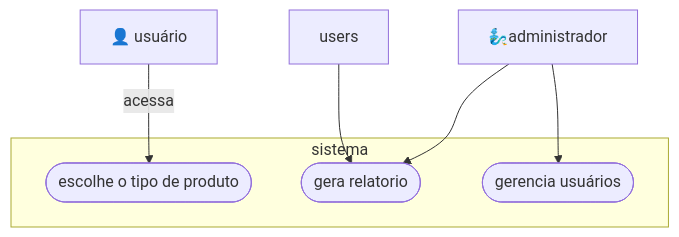
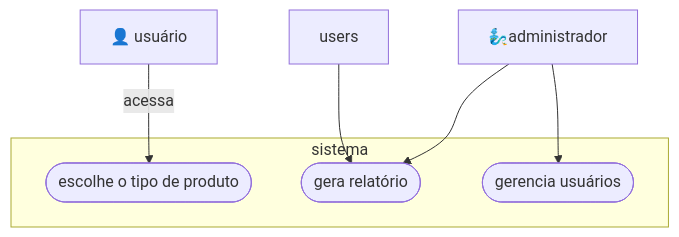
One commit to CTISM-Prof-Henry/trab-final-tarde-criacao changed the diagram in app/Untitled diagram _ Mermaid Chart-2025-09-02-184833.mmd. Above: the diagram before and after it, drawn with Mermaid.

Commit message:
Update Untitled diagram _ Mermaid Chart-2025-09-02-184833.mmd

```diff
--- a/app/Untitled diagram _ Mermaid Chart-2025-09-02-184833.mmd
+++ b/app/Untitled diagram _ Mermaid Chart-2025-09-02-184833.mmd
@@ -1,17 +1,17 @@
 flowchart TD 
     %% TD - Top down (diagrama sai na vertical)
     %% LR - left rigth (diagrama sai na horizontal)
     user["👤 usuário"]
     adm["🧞‍♂️administrador"]
 
     subgraph "sistema"
     Escolhe(["escolhe o tipo de produto"])
-    relatorio([gera relatorio])
+    relatorio([gera relatório])
     gerencia([gerencia usuários])
 end
 
     adm -->relatorio
     adm -->gerencia
 
     user --"acessa" -->Escolhe
     users -->relatorio
```
